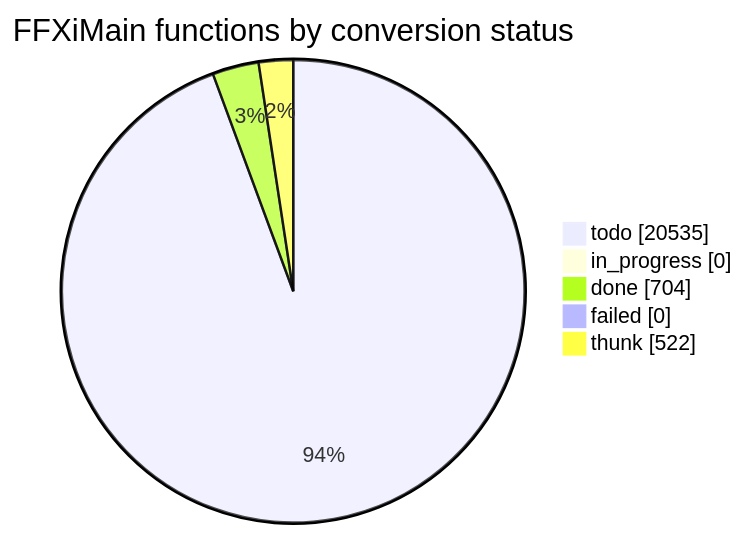
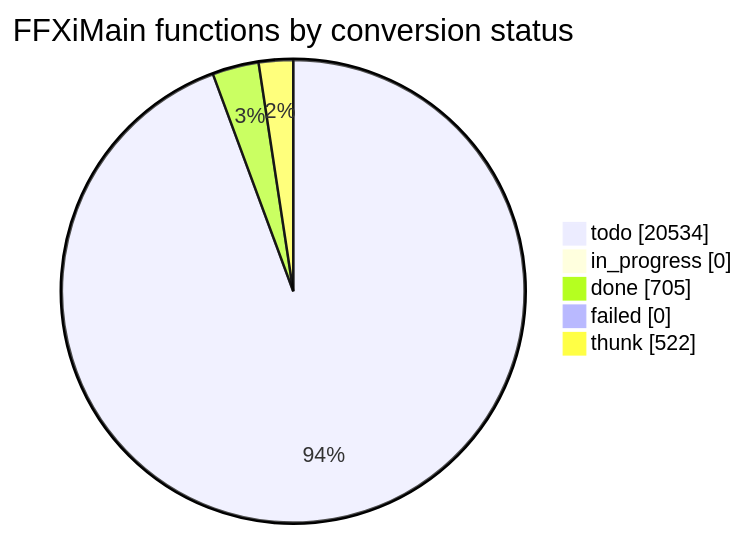
Before and after one commit to cowrevenge/cow_kuluu_xi_anything: the diagram in docs/cow/STATUS.md, drawn with Mermaid. The commit also changed other lines of this file and 9 other files, not shown here.

````diff
--- a/docs/cow/STATUS.md
+++ b/docs/cow/STATUS.md
@@ -18,9 +18,9 @@
 ```mermaid
 pie showData
     title FFXiMain functions by conversion status
-    "todo" : 20535
+    "todo" : 20534
     "in_progress" : 0
-    "done" : 704
+    "done" : 705
     "failed" : 0
     "thunk" : 522
 ```
````
